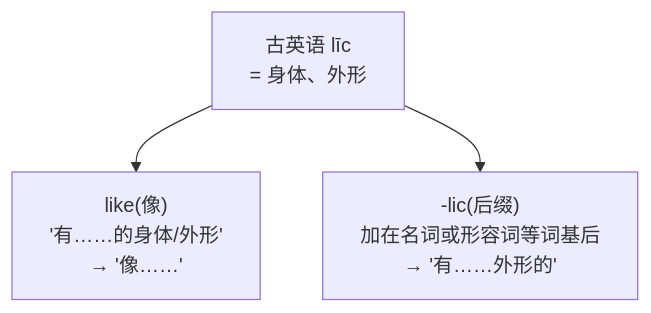
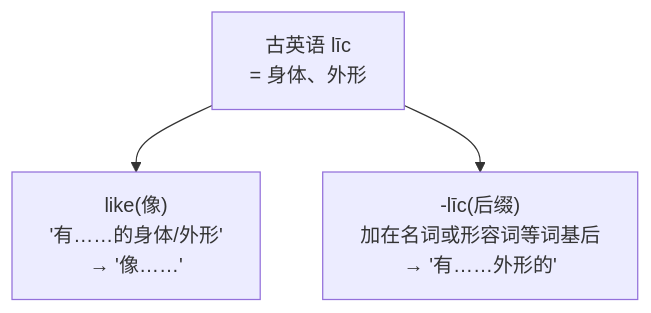
The first of 2 diagrams in 06-词缀的故事/第33章-ly的小史.md (swiftczz/roots-affixes-book), drawn with Mermaid before and after one commit. The commit also changed other lines of this file and 29 other files, not shown here.

````diff
--- a/06-词缀的故事/第33章-ly的小史.md
+++ b/06-词缀的故事/第33章-ly的小史.md
@@ -25,6 +25,6 @@
 ```mermaid
 flowchart TD
     LIC["古英语 līc<br/>= 身体、外形"]
     LIC --> LIKE["like(像)<br/>'有……的身体/外形'<br/>→ '像……'"]
-    LIC --> SUFFIX["-lic(后缀)<br/>加在名词或形容词等词基后<br/>→ '有……外形的'"]
+    LIC --> SUFFIX["-līc(后缀)<br/>加在名词或形容词等词基后<br/>→ '有……外形的'"]
 ```
````
